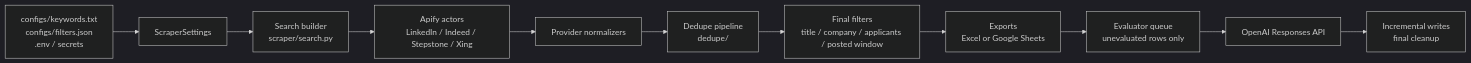
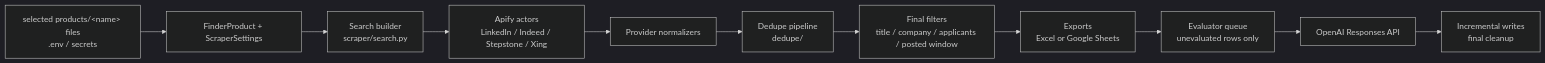
Before and after one commit to AmirDonyadide/JobFinder: the diagram in docs/how-it-works.md, drawn with Mermaid (dark theme). The commit also changed other lines of this file and 124 other files, not shown here.

First line of the commit message:
Refactor into product-based finder architecture

````diff
--- a/docs/how-it-works.md
+++ b/docs/how-it-works.md
@@ -12,13 +12,13 @@
 ```mermaid
 flowchart LR
-    A["configs/keywords.txt<br/>configs/filters.json<br/>.env / secrets"] --> B["ScraperSettings"]
+    A["selected products/&lt;name&gt; files<br/>.env / secrets"] --> B["FinderProduct + ScraperSettings"]
     B --> C["Search builder<br/>scraper/search.py"]
     C --> D["Apify actors<br/>LinkedIn / Indeed / Stepstone / Xing"]
     D --> E["Provider normalizers"]
     E --> F["Dedupe pipeline<br/>dedupe/"]
     F --> G["Final filters<br/>title / company / applicants / posted window"]
     G --> H["Exports<br/>Excel or Google Sheets"]
     H --> I["Evaluator queue<br/>unevaluated rows only"]
     I --> J["OpenAI Responses API"]
     J --> K["Incremental writes<br/>final cleanup"]
 ```
````
